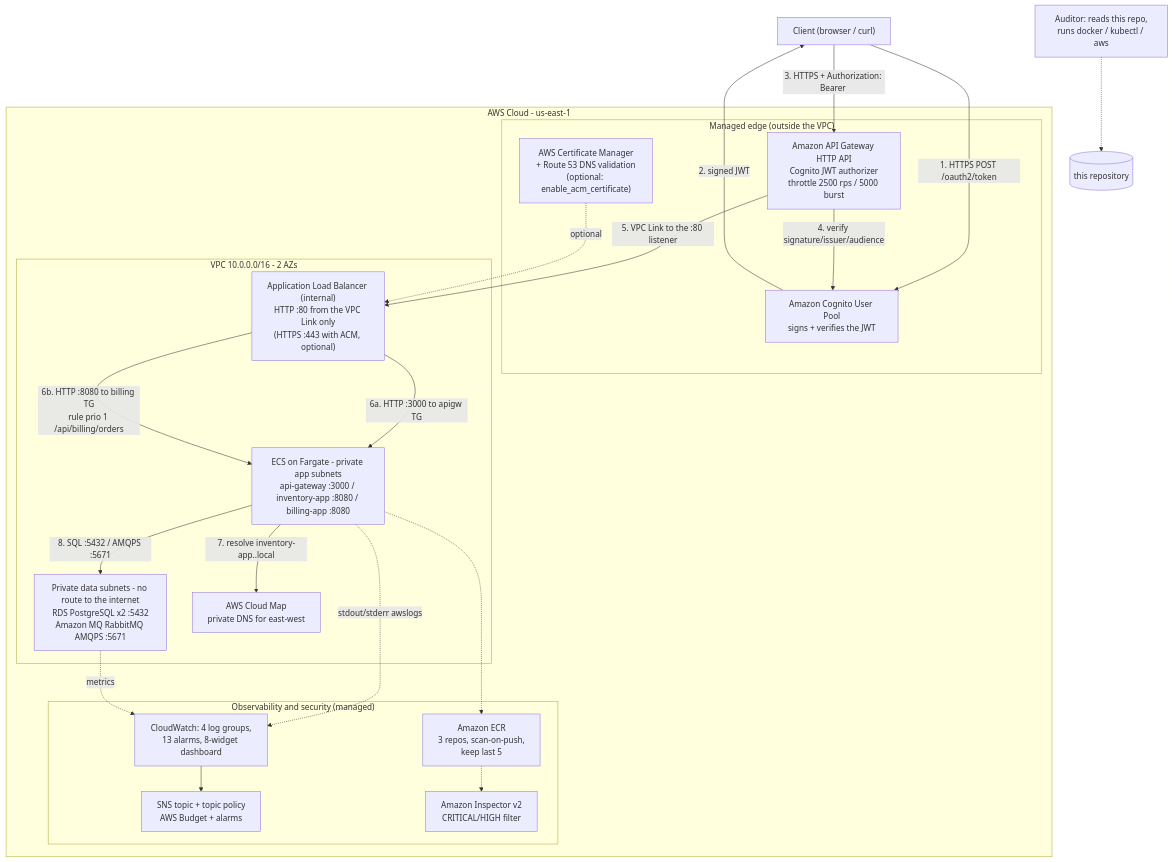
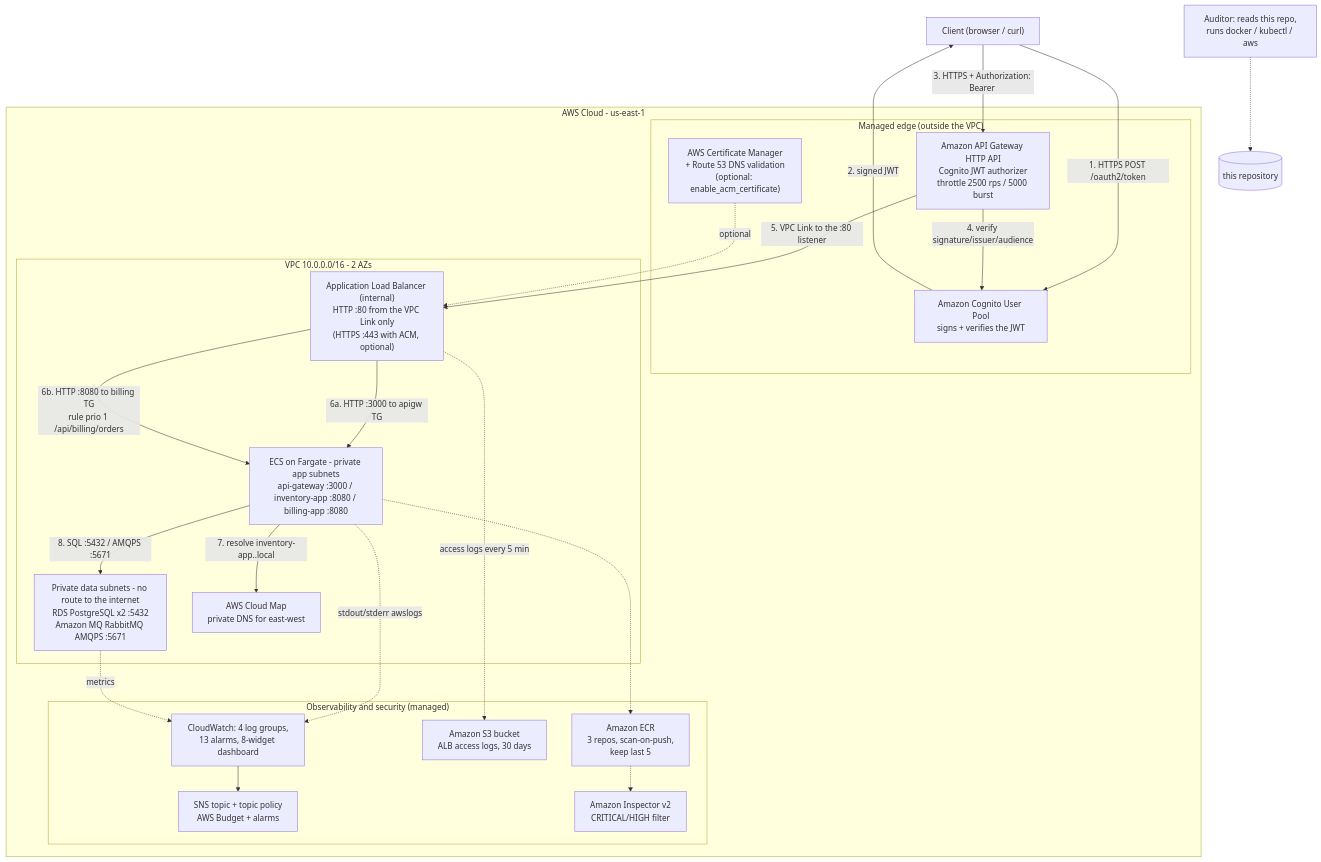
The first of 3 diagrams in README.md (ertval/cloud-design), drawn with Mermaid before and after one commit. The commit also changed other lines of this file and 8 other files, not shown here.

Commit message:
fix: T15 ALB access logs to the S3 bucket, force_destroy, 30-day log expiry

````diff
--- a/README.md
+++ b/README.md
@@ -51,44 +51,46 @@
 ```mermaid
 flowchart TB
     Client["Client (browser / curl)"]
     Auditor["Auditor: reads this repo,<br/>runs docker / kubectl / aws"]
 
     subgraph AWS["AWS Cloud - us-east-1"]
         subgraph Edge["Managed edge (outside the VPC)"]
             APIGW["Amazon API Gateway HTTP API<br/>Cognito JWT authorizer<br/>throttle 2500 rps / 5000 burst"]
             Cognito["Amazon Cognito User Pool<br/>signs + verifies the JWT"]
             ACM["AWS Certificate Manager<br/>+ Route 53 DNS validation<br/>(optional: enable_acm_certificate)"]
         end
 
         subgraph VPC["VPC 10.0.0.0/16 - 2 AZs"]
             ALB["Application Load Balancer (internal)<br/>HTTP :80 from the VPC Link only<br/>(HTTPS :443 with ACM, optional)"]
             AppTier["ECS on Fargate - private app subnets<br/>api-gateway :3000 / inventory-app :8080 / billing-app :8080"]
             DataTier["Private data subnets - no route to the internet<br/>RDS PostgreSQL x2 :5432<br/>Amazon MQ RabbitMQ AMQPS :5671"]
             CloudMap["AWS Cloud Map<br/>private DNS for east-west"]
         end
 
         subgraph Ops["Observability and security (managed)"]
             CW["CloudWatch: 4 log groups,<br/>13 alarms, 8-widget dashboard"]
+            S3["Amazon S3 bucket<br/>ALB access logs, 30 days"]
             SNS["SNS topic + topic policy<br/>AWS Budget + alarms"]
             ECR["Amazon ECR<br/>3 repos, scan-on-push,<br/>keep last 5"]
             Insp["Amazon Inspector v2<br/>CRITICAL/HIGH filter"]
         end
     end
 
     Client -->|"1. HTTPS POST /oauth2/token"| Cognito
     Cognito -->|"2. signed JWT"| Client
     Client -->|"3. HTTPS + Authorization: Bearer <JWT>"| APIGW
     APIGW -->|"4. verify signature/issuer/audience"| Cognito
     APIGW -->|"5. VPC Link to the :80 listener"| ALB
     ALB -->|"6a. HTTP :3000 to apigw TG"| AppTier
     ALB -->|"6b. HTTP :8080 to billing TG<br/>rule prio 1 /api/billing/orders"| AppTier
     AppTier -->|"7. resolve inventory-app.<ns>.local"| CloudMap
     AppTier -->|"8. SQL :5432 / AMQPS :5671"| DataTier
     AppTier -.->|"stdout/stderr awslogs"| CW
+    ALB -.->|"access logs every 5 min"| S3
     DataTier -.->|"metrics"| CW
     CW --> SNS
     AppTier -.-> ECR
     ECR -.-> Insp
     ACM -.->|"optional"| ALB
     Auditor -.-> Repo[("this repository")]
 ```
````
